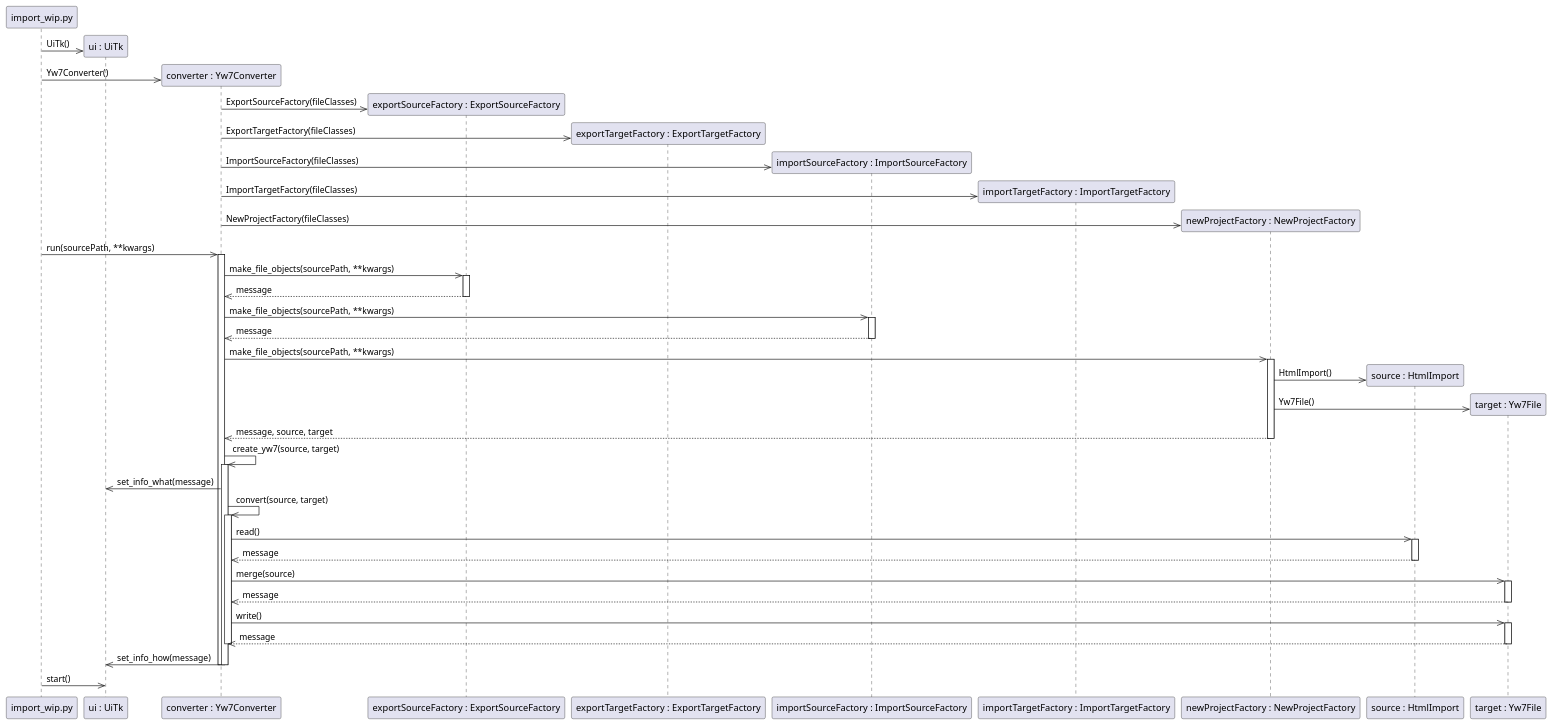
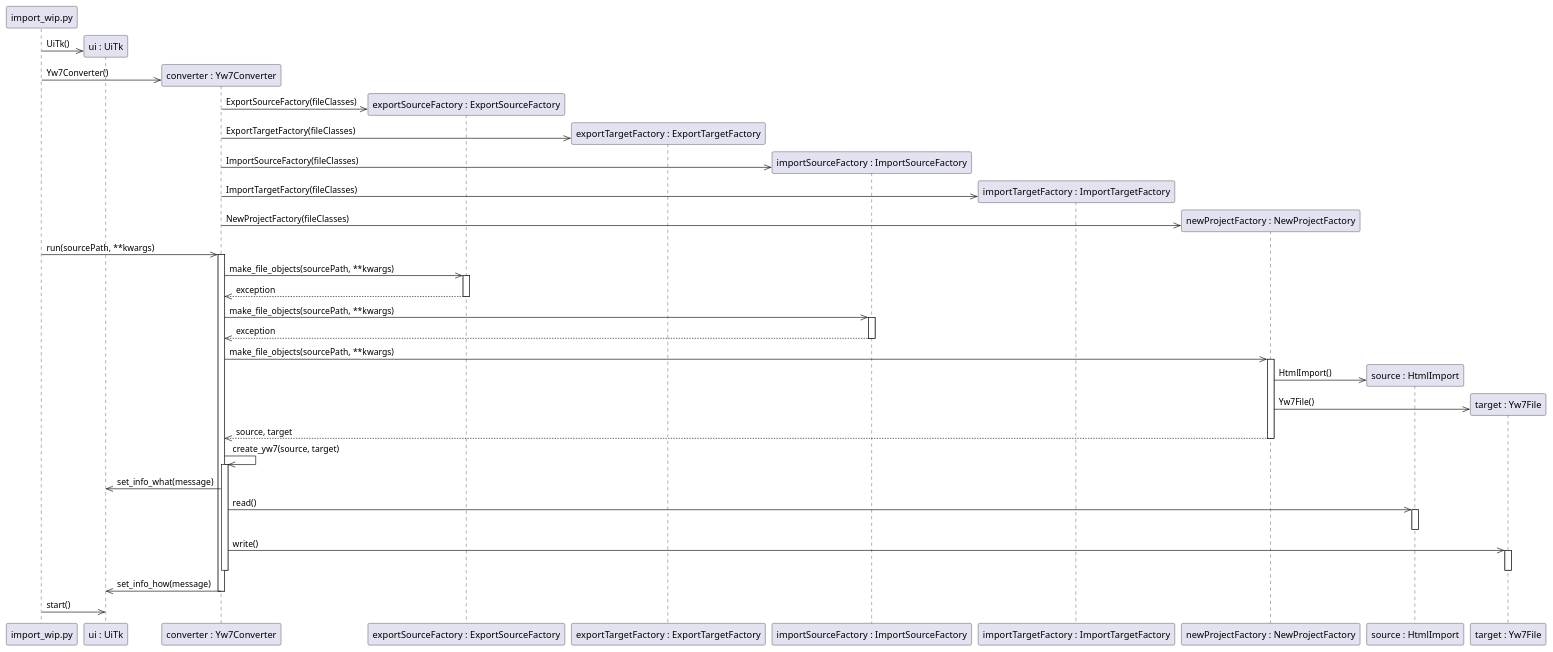
One commit to peter88213/PyWriter changed the diagram in docs/puml/sd_create_yw_from_wip.puml. Above: the diagram before and after it, drawn with PlantUML. The commit also changed 3 other files, not shown here.

```diff
--- a/docs/puml/sd_create_yw_from_wip.puml
+++ b/docs/puml/sd_create_yw_from_wip.puml
@@ -1,77 +1,67 @@
 @startuml
 create import_wip.py as script
 
 create "ui : UiTk"
 script ->> "ui : UiTk" : UiTk()
 
 create "converter : Yw7Converter" as converter 
 script ->> converter : Yw7Converter()
 
 create "exportSourceFactory : ExportSourceFactory" as exportSourceFactory
 converter ->> exportSourceFactory : ExportSourceFactory(fileClasses)
 
 create "exportTargetFactory : ExportTargetFactory" as exportTargetFactory 
 converter ->> exportTargetFactory : ExportTargetFactory(fileClasses)
 
 create "importSourceFactory : ImportSourceFactory" as importSourceFactory 
 converter ->> importSourceFactory : ImportSourceFactory(fileClasses)
 
 create "importTargetFactory : ImportTargetFactory" as importTargetFactory 
 converter ->> importTargetFactory : ImportTargetFactory(fileClasses)
 
 create "newProjectFactory : NewProjectFactory" as newProjectFactory 
 converter ->> newProjectFactory : NewProjectFactory(fileClasses)
 
 script ->> converter : run(sourcePath, **kwargs)
 
 activate converter
 converter ->> exportSourceFactory : make_file_objects(sourcePath, **kwargs)
 
 activate exportSourceFactory
-exportSourceFactory -->> converter : message
+exportSourceFactory -->> converter : exception
 deactivate exportSourceFactory
 
 converter ->> importSourceFactory : make_file_objects(sourcePath, **kwargs)
 
 activate importSourceFactory
-importSourceFactory -->> converter : message
+importSourceFactory -->> converter : exception
 deactivate importSourceFactory
 
 converter ->> newProjectFactory : make_file_objects(sourcePath, **kwargs)
 
 activate newProjectFactory
 create "source : HtmlImport" as source
 newProjectFactory ->> source : HtmlImport()
 create "target : Yw7File" as target
 newProjectFactory ->> target : Yw7File()
-newProjectFactory -->> converter : message, source, target
+newProjectFactory -->> converter : source, target
 deactivate newProjectFactory
 
 converter ->> converter : create_yw7(source, target)
 activate converter
 converter ->> "ui : UiTk" : set_info_what(message)
-converter ->> converter : convert(source, target)
-activate converter
 
 converter ->> source : read()
 activate source
-source -->> converter : message
 deactivate source
-
-converter ->> target : merge(source)
-activate target
-target -->>  converter : message
-deactivate target
 
 converter ->> target : write()
 activate target
-target -->>  converter : message
 deactivate converter
 deactivate target
 
 converter ->> "ui : UiTk" : set_info_how(message)
 deactivate converter
-deactivate converter
 
 script ->> "ui : UiTk" : start()
 @enduml
```
